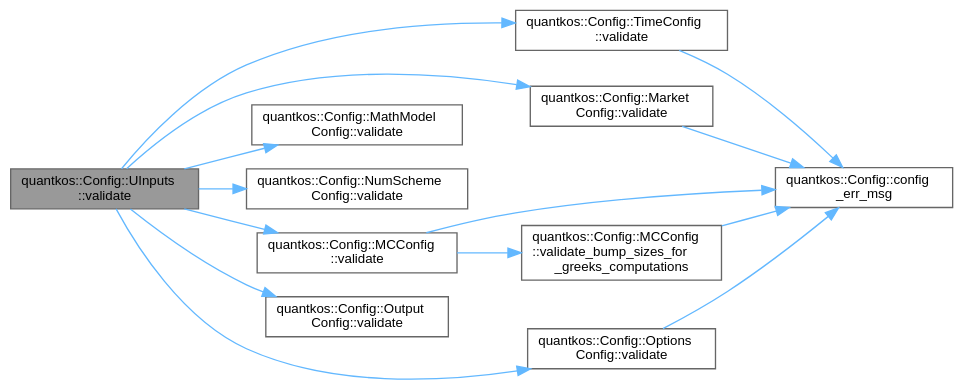
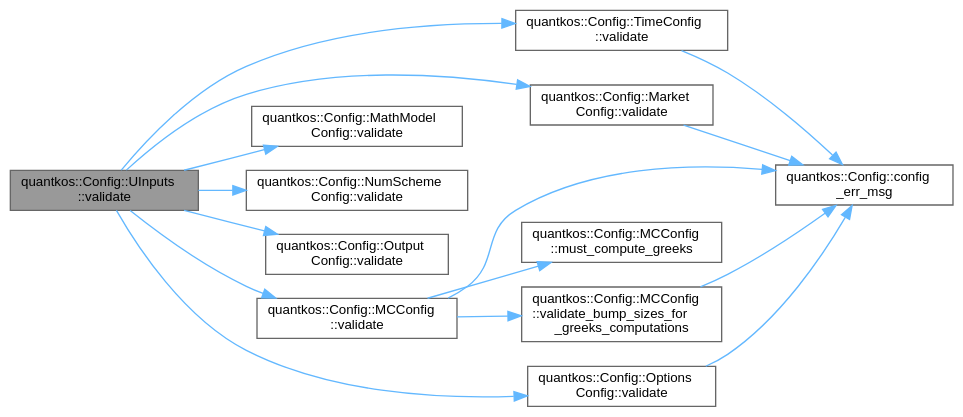
Before and after one commit to zeno-geddo/QuantKos: the diagram in dev-zen/structquantkos_1_1Config_1_1UInputs_a47a3789b6fa1fa48d5d4e72ba2175f12_cgraph.dot, drawn with Graphviz. The commit also changed 73 other files, not shown here.

```diff
--- a/dev-zen/structquantkos_1_1Config_1_1UInputs_a47a3789b6fa1fa48d5d4e72ba2175f12_cgraph.dot
+++ b/dev-zen/structquantkos_1_1Config_1_1UInputs_a47a3789b6fa1fa48d5d4e72ba2175f12_cgraph.dot
@@ -1,31 +1,33 @@
 digraph "quantkos::Config::UInputs::validate"
 {
  // LATEX_PDF_SIZE
   bgcolor="transparent";
   edge [fontname=Helvetica,fontsize=10,labelfontname=Helvetica,labelfontsize=10];
   node [fontname=Helvetica,fontsize=10,shape=box,height=0.2,width=0.4];
   rankdir="LR";
   Node1 [id="Node000001",label="quantkos::Config::UInputs\l::validate",height=0.2,width=0.4,color="gray40", fillcolor="grey60", style="filled", fontcolor="black",tooltip="Performs a full validation of all sub-configurations."];
   Node1 -> Node2 [id="edge1_Node000001_Node000002",color="steelblue1",style="solid",tooltip=" "];
   Node2 [id="Node000002",label="quantkos::Config::TimeConfig\l::validate",height=0.2,width=0.4,color="grey40", fillcolor="white", style="filled",URL="$structquantkos_1_1Config_1_1TimeConfig.html#a2ddaae592649fa85ec4426299a1bfb0a",tooltip="Validates that the time stepping parameters lie within physically meaningful ranges...."];
   Node2 -> Node3 [id="edge2_Node000002_Node000003",color="steelblue1",style="solid",tooltip=" "];
   Node3 [id="Node000003",label="quantkos::Config::config\l_err_msg",height=0.2,width=0.4,color="grey40", fillcolor="white", style="filled",URL="$namespacequantkos_1_1Config.html#aff388fa040087b3c283df72526d16ad5",tooltip="Internal helper to make configuration error messages cleaner."];
   Node1 -> Node4 [id="edge3_Node000001_Node000004",color="steelblue1",style="solid",tooltip=" "];
   Node4 [id="Node000004",label="quantkos::Config::Market\lConfig::validate",height=0.2,width=0.4,color="grey40", fillcolor="white", style="filled",URL="$structquantkos_1_1Config_1_1MarketConfig.html#a54f4278a6948384085118fe28fe7bcb7",tooltip="Validates that the market parameters lie within physically meaningful and numerically stable ranges."];
   Node4 -> Node3 [id="edge4_Node000004_Node000003",color="steelblue1",style="solid",tooltip=" "];
   Node1 -> Node5 [id="edge5_Node000001_Node000005",color="steelblue1",style="solid",tooltip=" "];
   Node5 [id="Node000005",label="quantkos::Config::MathModel\lConfig::validate",height=0.2,width=0.4,color="grey40", fillcolor="white", style="filled",URL="$structquantkos_1_1Config_1_1MathModelConfig.html#a8d5e0fb3cb41ea7591ed77f85a7bbf41",tooltip="Performs physical constraints validation on the selected model."];
   Node1 -> Node6 [id="edge6_Node000001_Node000006",color="steelblue1",style="solid",tooltip=" "];
   Node6 [id="Node000006",label="quantkos::Config::NumScheme\lConfig::validate",height=0.2,width=0.4,color="grey40", fillcolor="white", style="filled",URL="$structquantkos_1_1Config_1_1NumSchemeConfig.html#ad96091eb0569f4a7672902386e71239a",tooltip=" "];
   Node1 -> Node7 [id="edge7_Node000001_Node000007",color="steelblue1",style="solid",tooltip=" "];
-  Node7 [id="Node000007",label="quantkos::Config::MCConfig\l::validate",height=0.2,width=0.4,color="grey40", fillcolor="white", style="filled",URL="$structquantkos_1_1Config_1_1MCConfig.html#a093350c12e72fba61f9a95d8f83df146",tooltip="Validates hardware limits and simulation parameters."];
-  Node7 -> Node3 [id="edge8_Node000007_Node000003",color="steelblue1",style="solid",tooltip=" "];
-  Node7 -> Node8 [id="edge9_Node000007_Node000008",color="steelblue1",style="solid",tooltip=" "];
-  Node8 [id="Node000008",label="quantkos::Config::MCConfig\l::validate_bump_sizes_for\l_greeks_computations",height=0.2,width=0.4,color="grey40", fillcolor="white", style="filled",URL="$structquantkos_1_1Config_1_1MCConfig.html#aba0024d54863bce87cef9b402f183634",tooltip="Validates that Greek bump sizes are mathematically safe."];
-  Node8 -> Node3 [id="edge10_Node000008_Node000003",color="steelblue1",style="solid",tooltip=" "];
-  Node1 -> Node9 [id="edge11_Node000001_Node000009",color="steelblue1",style="solid",tooltip=" "];
-  Node9 [id="Node000009",label="quantkos::Config::Output\lConfig::validate",height=0.2,width=0.4,color="grey40", fillcolor="white", style="filled",URL="$structquantkos_1_1Config_1_1OutputConfig.html#a190f8299a619f2b91af13047129de844",tooltip="Creates the output directory structure if it does not exist."];
-  Node1 -> Node10 [id="edge12_Node000001_Node000010",color="steelblue1",style="solid",tooltip=" "];
-  Node10 [id="Node000010",label="quantkos::Config::Options\lConfig::validate",height=0.2,width=0.4,color="grey40", fillcolor="white", style="filled",URL="$structquantkos_1_1Config_1_1OptionsConfig.html#acac0df8101094c3986c193be232052f9",tooltip="Validates that the options parameters lie within physically meaningful ranges."];
-  Node10 -> Node3 [id="edge13_Node000010_Node000003",color="steelblue1",style="solid",tooltip=" "];
+  Node7 [id="Node000007",label="quantkos::Config::Output\lConfig::validate",height=0.2,width=0.4,color="grey40", fillcolor="white", style="filled",URL="$structquantkos_1_1Config_1_1OutputConfig.html#a190f8299a619f2b91af13047129de844",tooltip="Creates the output directory structure if it does not exist."];
+  Node1 -> Node8 [id="edge8_Node000001_Node000008",color="steelblue1",style="solid",tooltip=" "];
+  Node8 [id="Node000008",label="quantkos::Config::MCConfig\l::validate",height=0.2,width=0.4,color="grey40", fillcolor="white", style="filled",URL="$structquantkos_1_1Config_1_1MCConfig.html#a2277b1a0f8d2b0e94b1fc834ecf0e49a",tooltip="Validates hardware limits and simulation parameters."];
+  Node8 -> Node3 [id="edge9_Node000008_Node000003",color="steelblue1",style="solid",tooltip=" "];
+  Node8 -> Node9 [id="edge10_Node000008_Node000009",color="steelblue1",style="solid",tooltip=" "];
+  Node9 [id="Node000009",label="quantkos::Config::MCConfig\l::must_compute_greeks",height=0.2,width=0.4,color="grey40", fillcolor="white", style="filled",URL="$structquantkos_1_1Config_1_1MCConfig.html#a68cbee5946aafa0a6f82bf944f0420ef",tooltip="Tells if at least one of the greeks must be computed."];
+  Node8 -> Node10 [id="edge11_Node000008_Node000010",color="steelblue1",style="solid",tooltip=" "];
+  Node10 [id="Node000010",label="quantkos::Config::MCConfig\l::validate_bump_sizes_for\l_greeks_computations",height=0.2,width=0.4,color="grey40", fillcolor="white", style="filled",URL="$structquantkos_1_1Config_1_1MCConfig.html#a9ff02e9183a1312ceac38daa12941958",tooltip="Validates that Greek bump sizes are mathematically safe."];
+  Node10 -> Node3 [id="edge12_Node000010_Node000003",color="steelblue1",style="solid",tooltip=" "];
+  Node1 -> Node11 [id="edge13_Node000001_Node000011",color="steelblue1",style="solid",tooltip=" "];
+  Node11 [id="Node000011",label="quantkos::Config::Options\lConfig::validate",height=0.2,width=0.4,color="grey40", fillcolor="white", style="filled",URL="$structquantkos_1_1Config_1_1OptionsConfig.html#acac0df8101094c3986c193be232052f9",tooltip="Validates that the options parameters lie within physically meaningful ranges."];
+  Node11 -> Node3 [id="edge14_Node000011_Node000003",color="steelblue1",style="solid",tooltip=" "];
 }
```
